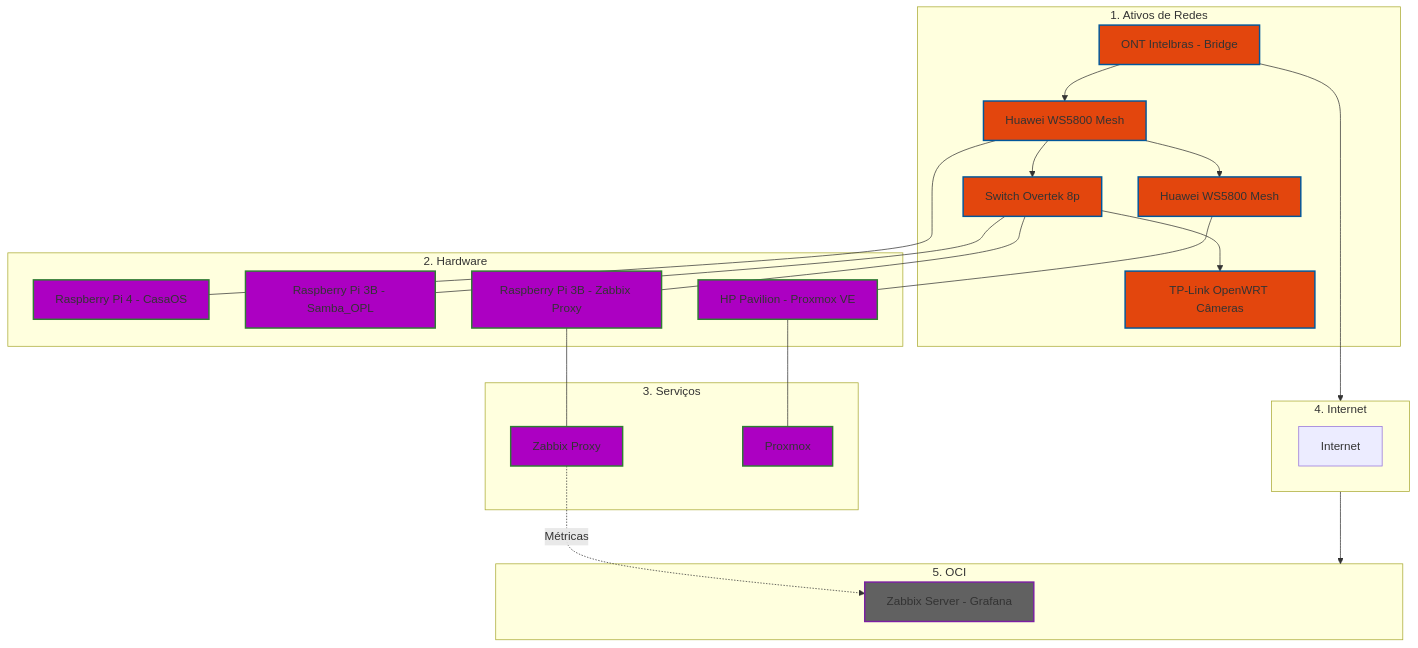
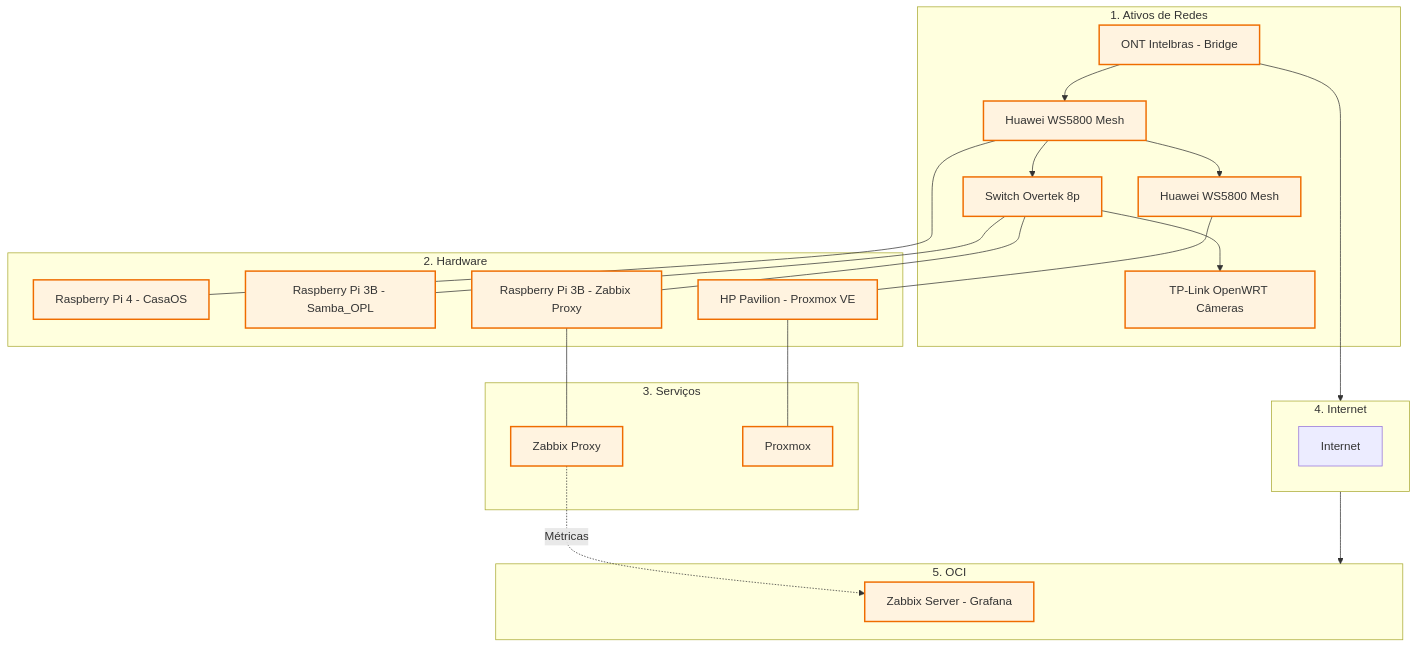
Before and after one commit to kevindexter22/Dr-Hardware-Autonet: the diagram in Infraestructure/README.md, drawn with Mermaid.

````diff
--- a/Infraestructure/README.md
+++ b/Infraestructure/README.md
@@ -13,49 +13,49 @@
 ```mermaid
 graph TD
     %% Estilos
-    classDef rede fill:#e3460d,stroke:#01579b,stroke-width:2px;
-    classDef hardware fill:#AC00C2,stroke:#2e7d32,stroke-width:2px;
+    classDef rede fill:#fff3e0,stroke:#ef6c00,stroke-width:2px;
+    classDef hardware fill:#fff3e0,stroke:#ef6c00,stroke-width:2px;
     classDef internet fill:#fff3e0,stroke:#ef6c00,stroke-width:2px,stroke-dasharray: 5 5;
-    classDef serviços fill:#616161,stroke:#7b1fa2,stroke-width:2px;
-    classDef oci fill:#616161,stroke:#7b1fa2,stroke-width:2px;
+    classDef serviços fill:#fff3e0,stroke:#ef6c00,stroke-width:2px;
+    classDef oci fill:#fff3e0,stroke:#ef6c00,stroke-width:2px;
 
     %% 1. ATIVOS DE REDE
     subgraph S1 [1. Ativos de Redes]
         ONT[ONT Intelbras - Bridge]:::rede --> R_Mesh1[Huawei WS5800 Mesh]:::rede
         R_Mesh1 --> R_Mesh2[Huawei WS5800 Mesh]:::rede
         R_Mesh1 --> SW1[Switch Overtek 8p]:::rede
         SW1 --> R_Cams[TP-Link OpenWRT Câmeras]:::rede
     end
 
     %% 2. HARDWARE
     subgraph S2 [2. Hardware]
         R_Mesh1 --- RPi4[Raspberry Pi 4 - CasaOS]:::hardware
         SW1 --- RPi3B_1[Raspberry Pi 3B - Samba_OPL]:::hardware
         SW1 --- RPi3B_2[Raspberry Pi 3B - Zabbix Proxy]:::hardware
         R_Mesh2 --- HP[HP Pavilion - Proxmox VE]:::hardware
     end
 
     %% 3. SERVIÇOS     
     subgraph S3 [3. Serviços];    
         RPi3B_2 --- ZP[Zabbix Proxy]:::hardware
         HP --- PVE[Proxmox]:::hardware
     end
 
     %% 4. Internet (A PONTE)
     subgraph S4 [4. Internet]
            internet[Internet]
     end
 
     %% 5. OCI
     subgraph S5 [5. OCI]
         ZS[Zabbix Server - Grafana]:::oci
     end
 
     %% Conexões de Fluxo de Dados para manter a ordem
     ONT --> S4
     S4 --> S5
     
     %% Relacionamentos lógicos (setas duplas para replicação)
     ZP -.-> |Métricas| ZS
 
 ```
````
